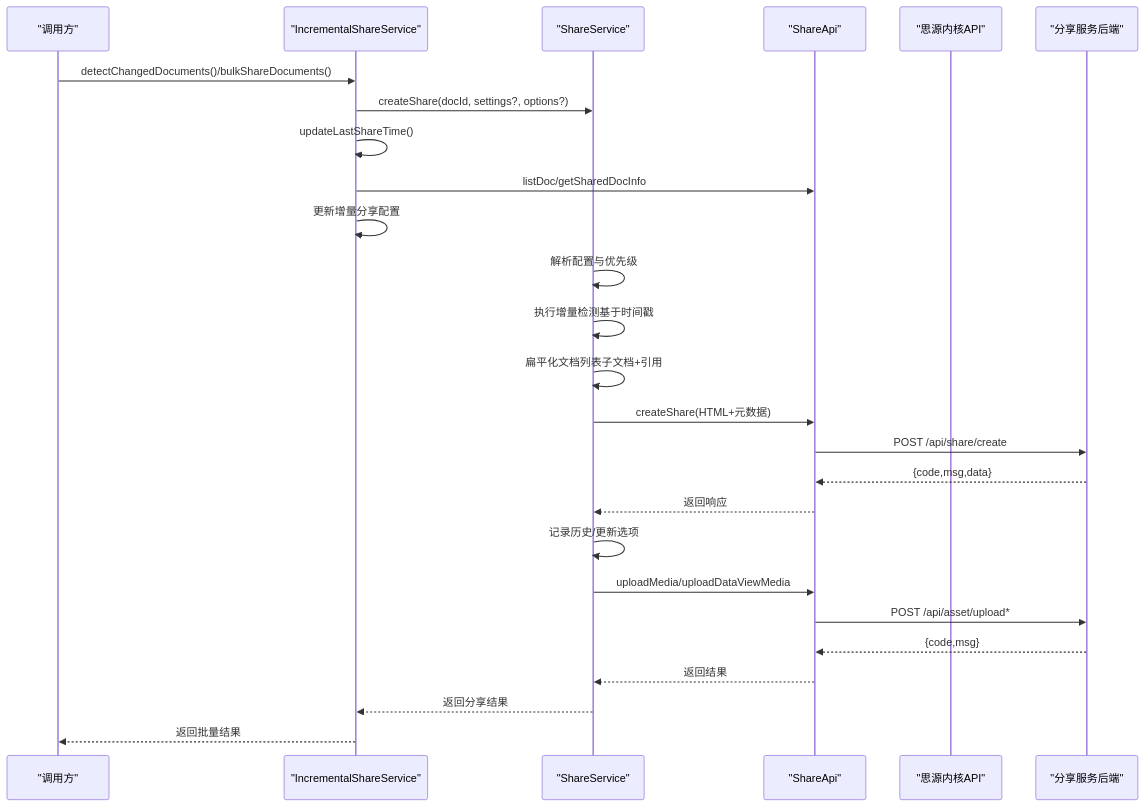
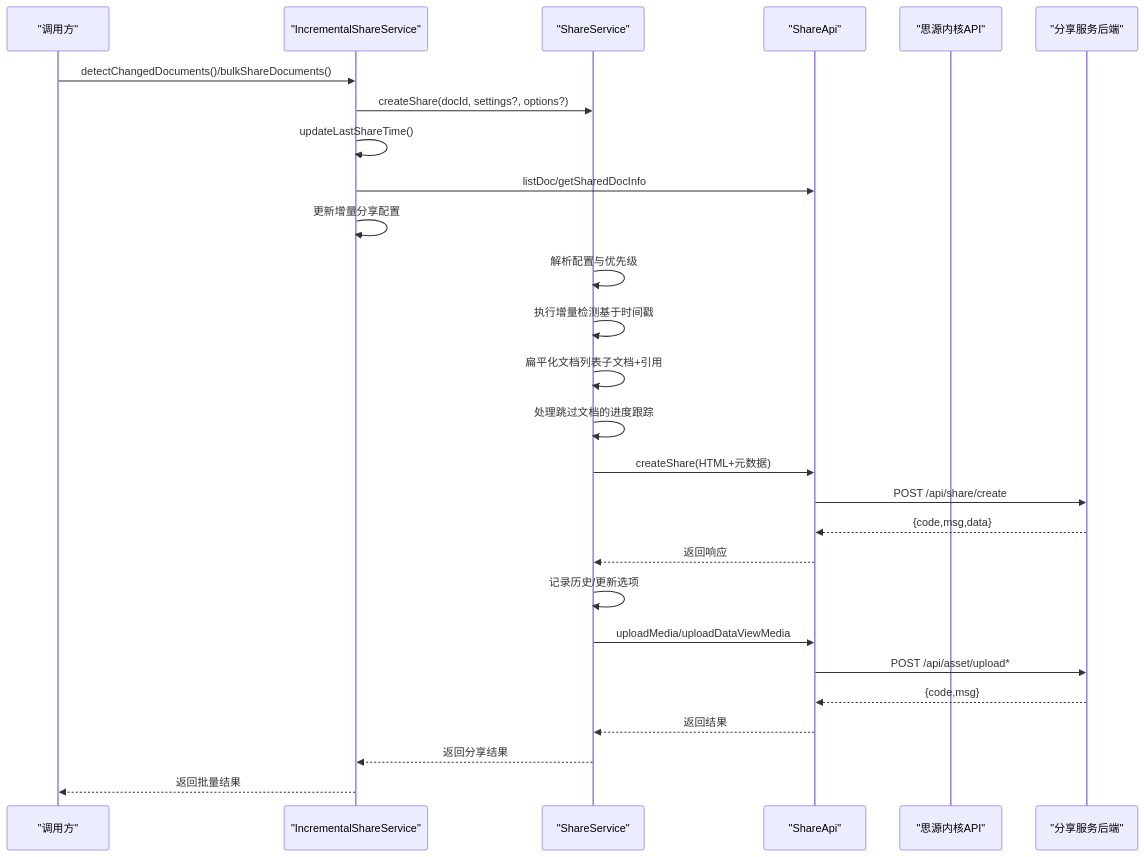
The second of 3 diagrams in .qoder/repowiki/zh/content/架构设计/服务层架构/分享服务 (ShareService).md (terwerinc/siyuan-plugin-share-pro), drawn with Mermaid before and after one commit. The commit also changed other lines of this file and 7 other files, not shown here.

````diff
--- a/.qoder/repowiki/zh/content/架构设计/服务层架构/分享服务 (ShareService).md
+++ b/.qoder/repowiki/zh/content/架构设计/服务层架构/分享服务 (ShareService).md
@@ -145,28 +147,29 @@
 ```mermaid
 sequenceDiagram
 participant Caller as "调用方"
 participant ISS as "IncrementalShareService"
 participant SS as "ShareService"
 participant SA as "ShareApi"
 participant Kernel as "思源内核API"
 participant Svc as "分享服务后端"
 Caller->>ISS : detectChangedDocuments()/bulkShareDocuments()
 ISS->>SS : createShare(docId, settings?, options?)
 ISS->>ISS : updateLastShareTime()
 ISS->>SA : listDoc/getSharedDocInfo
 ISS->>ISS : 更新增量分享配置
 SS->>SS : 解析配置与优先级
 SS->>SS : 执行增量检测基于时间戳
 SS->>SS : 扁平化文档列表子文档+引用
+SS->>SS : 处理跳过文档的进度跟踪
 SS->>SA : createShare(HTML+元数据)
 SA->>Svc : POST /api/share/create
 Svc-->>SA : {code,msg,data}
 SA-->>SS : 返回响应
 SS->>SS : 记录历史/更新选项
 SS->>SA : uploadMedia/uploadDataViewMedia
 SA->>Svc : POST /api/asset/upload*
 Svc-->>SA : {code,msg}
 SA-->>SS : 返回结果
 SS-->>ISS : 返回分享结果
 ISS-->>Caller : 返回批量结果
 ```
````
